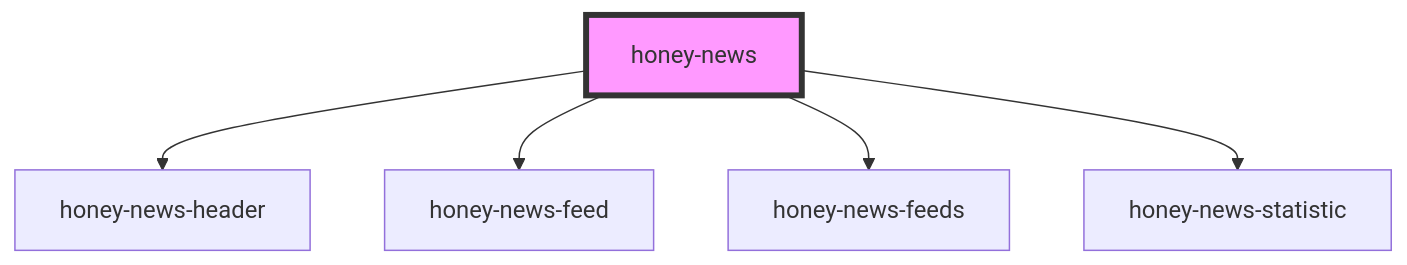
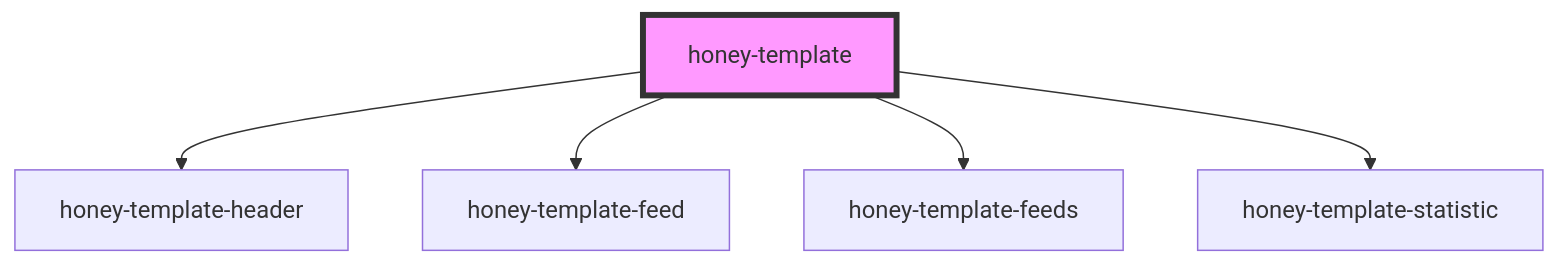
The diagram in src/components/honey-news/readme.md (Huluvu424242/honey-template), drawn with Mermaid before and after one commit. The commit also changed other lines of this file and 46 other files, not shown here.

````diff
--- a/src/components/honey-news/readme.md
+++ b/src/components/honey-news/readme.md
@@ -27,8 +27,8 @@
 ```mermaid
 graph TD;
-  honey-news --> honey-news-header
-  honey-news --> honey-news-feed
-  honey-news --> honey-news-feeds
-  honey-news --> honey-news-statistic
-  style honey-news fill:#f9f,stroke:#333,stroke-width:4px
+  honey-template --> honey-template-header
+  honey-template --> honey-template-feed
+  honey-template --> honey-template-feeds
+  honey-template --> honey-template-statistic
+  style honey-template fill:#f9f,stroke:#333,stroke-width:4px
 ```
````
